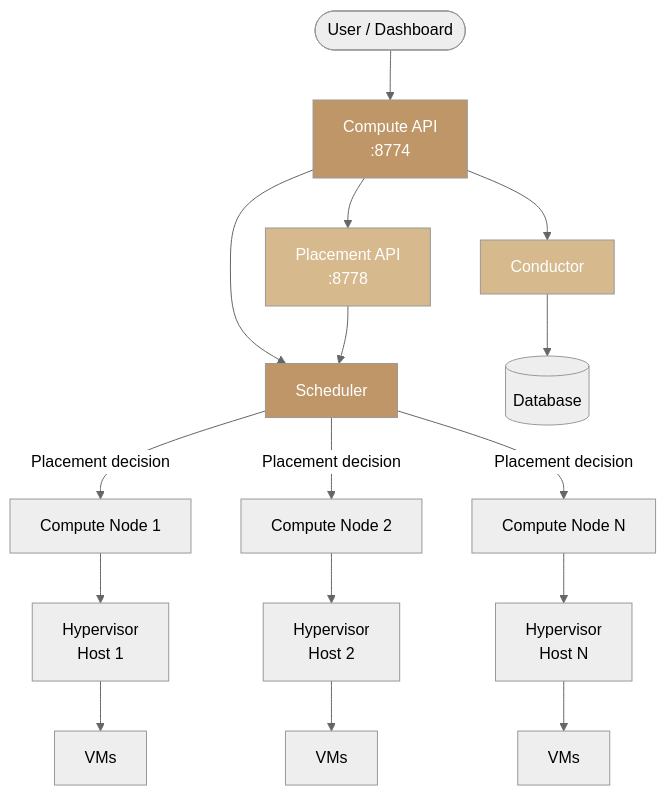
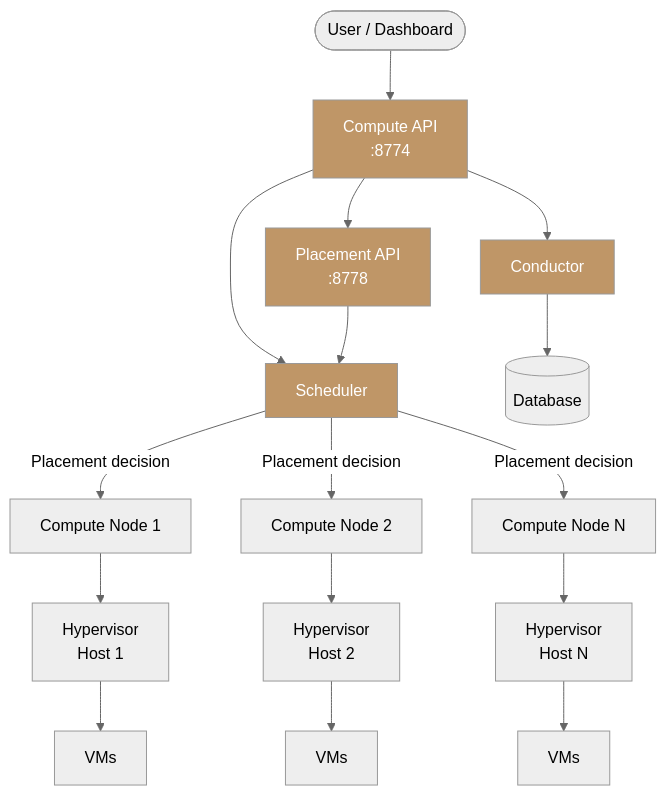
Before and after one commit to ankur-kumar87/docs-polystack: the diagram in services/compute/architecture.mdx, drawn with Mermaid (neutral theme). The commit also changed other lines of this file and 186 other files, not shown here.

````diff
--- a/services/compute/architecture.mdx
+++ b/services/compute/architecture.mdx
@@ -26,22 +26,22 @@
 ```mermaid
 graph TD
     U([User / Dashboard]) --> API[Compute API<br/>:8774]
     API --> SCH[Scheduler]
     SCH -->|Placement decision| CN1[Compute Node 1]
     SCH -->|Placement decision| CN2[Compute Node 2]
     SCH -->|Placement decision| CN3[Compute Node N]
     CN1 --> HV1[Hypervisor<br/>Host 1]
     CN2 --> HV2[Hypervisor<br/>Host 2]
     CN3 --> HV3[Hypervisor<br/>Host N]
     HV1 --> VM1[VMs]
     HV2 --> VM2[VMs]
     HV3 --> VM3[VMs]
     API --> PL[Placement API<br/>:8778]
     PL --> SCH
     API --> CON[Conductor]
     CON --> DB[(Database)]
     style API fill:#bf9667,color:#fff
     style SCH fill:#bf9667,color:#fff
-    style PL fill:#d7b98e,color:#fff
-    style CON fill:#d7b98e,color:#fff
+    style PL fill:#bf9667,color:#fff
+    style CON fill:#bf9667,color:#fff
 ```
````
